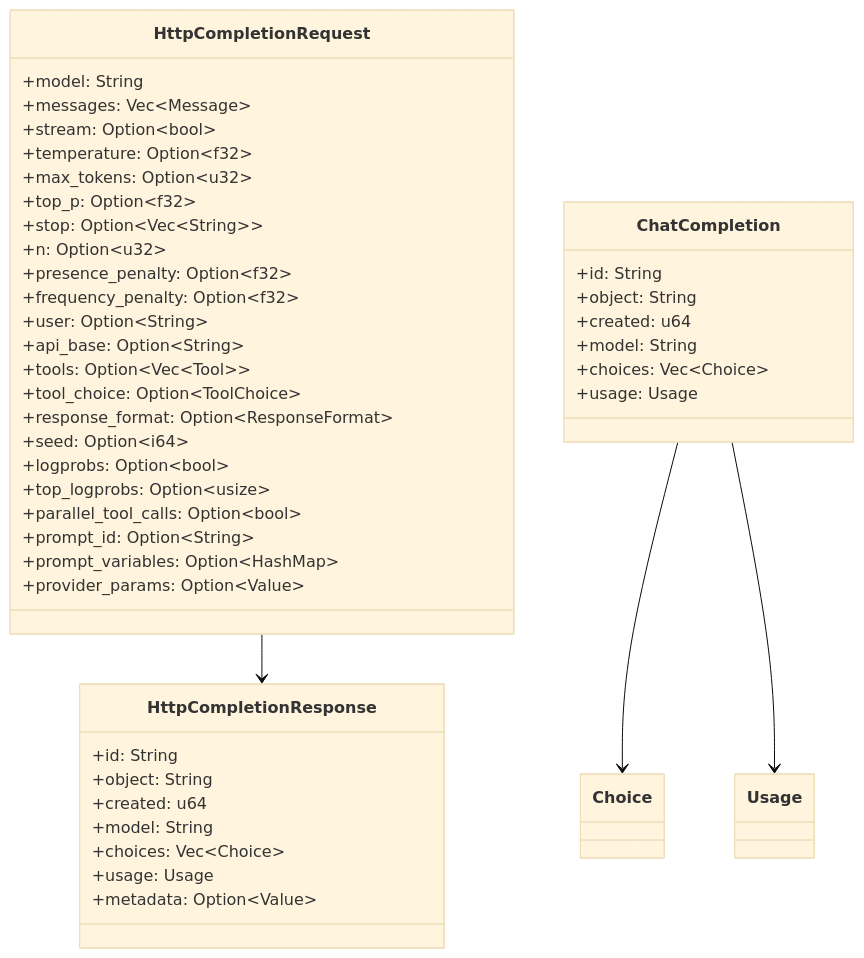
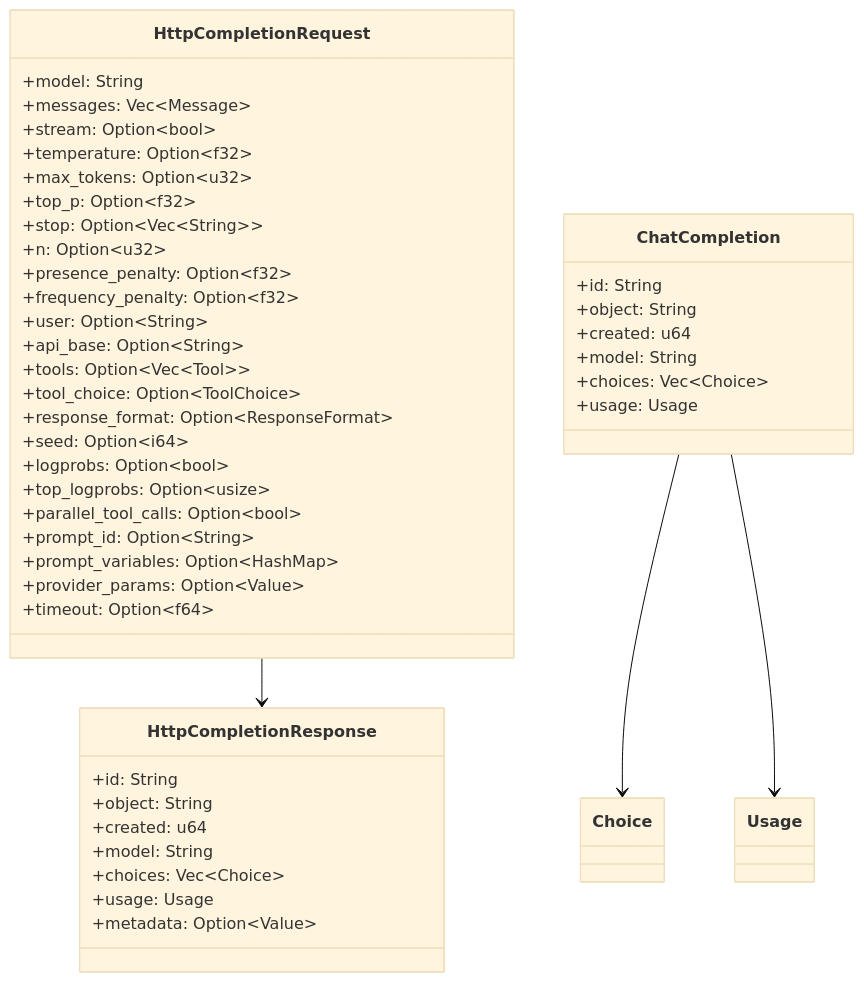
Before and after one commit to CipherOcto/cipherocto: the ninth of 19 diagrams in docs/architecture/quota-router-architecture.md, drawn with Mermaid (base theme). The commit also changed other lines of this file, not shown here.

````diff
--- a/docs/architecture/quota-router-architecture.md
+++ b/docs/architecture/quota-router-architecture.md
@@ -485,50 +504,51 @@
 ```mermaid
 classDiagram
     class HttpCompletionRequest {
         +model: String
         +messages: Vec~Message~
         +stream: Option~bool~
         +temperature: Option~f32~
         +max_tokens: Option~u32~
         +top_p: Option~f32~
         +stop: Option~Vec~String~~
         +n: Option~u32~
         +presence_penalty: Option~f32~
         +frequency_penalty: Option~f32~
         +user: Option~String~
         +api_base: Option~String~
         +tools: Option~Vec~Tool~~
         +tool_choice: Option~ToolChoice~
         +response_format: Option~ResponseFormat~
         +seed: Option~i64~
         +logprobs: Option~bool~
         +top_logprobs: Option~usize~
         +parallel_tool_calls: Option~bool~
         +prompt_id: Option~String~
         +prompt_variables: Option~HashMap~
         +provider_params: Option~Value~
+        +timeout: Option~f64~
     }
 
     class HttpCompletionResponse {
         +id: String
         +object: String
         +created: u64
         +model: String
         +choices: Vec~Choice~
         +usage: Usage
         +metadata: Option~Value~
     }
 
     class ChatCompletion {
         +id: String
         +object: String
         +created: u64
         +model: String
         +choices: Vec~Choice~
         +usage: Usage
     }
 
     HttpCompletionRequest --> HttpCompletionResponse
     ChatCompletion --> Choice
     ChatCompletion --> Usage
 ```
````
